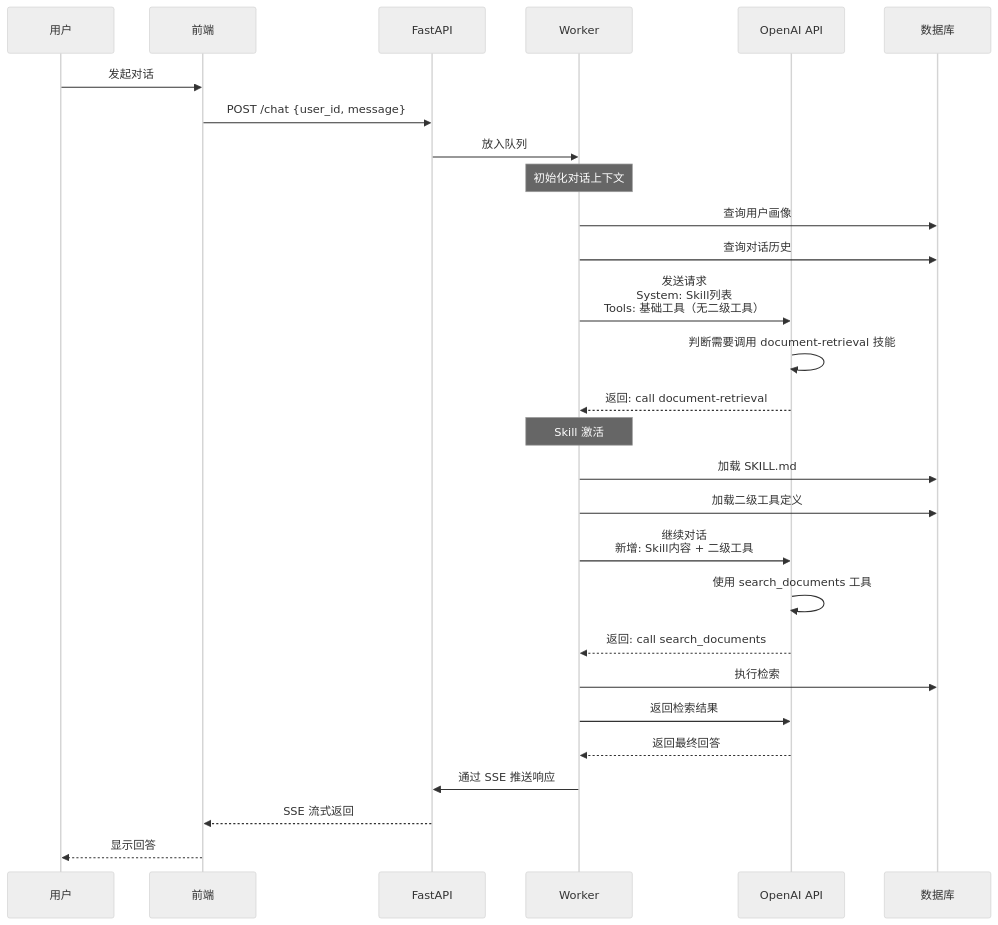
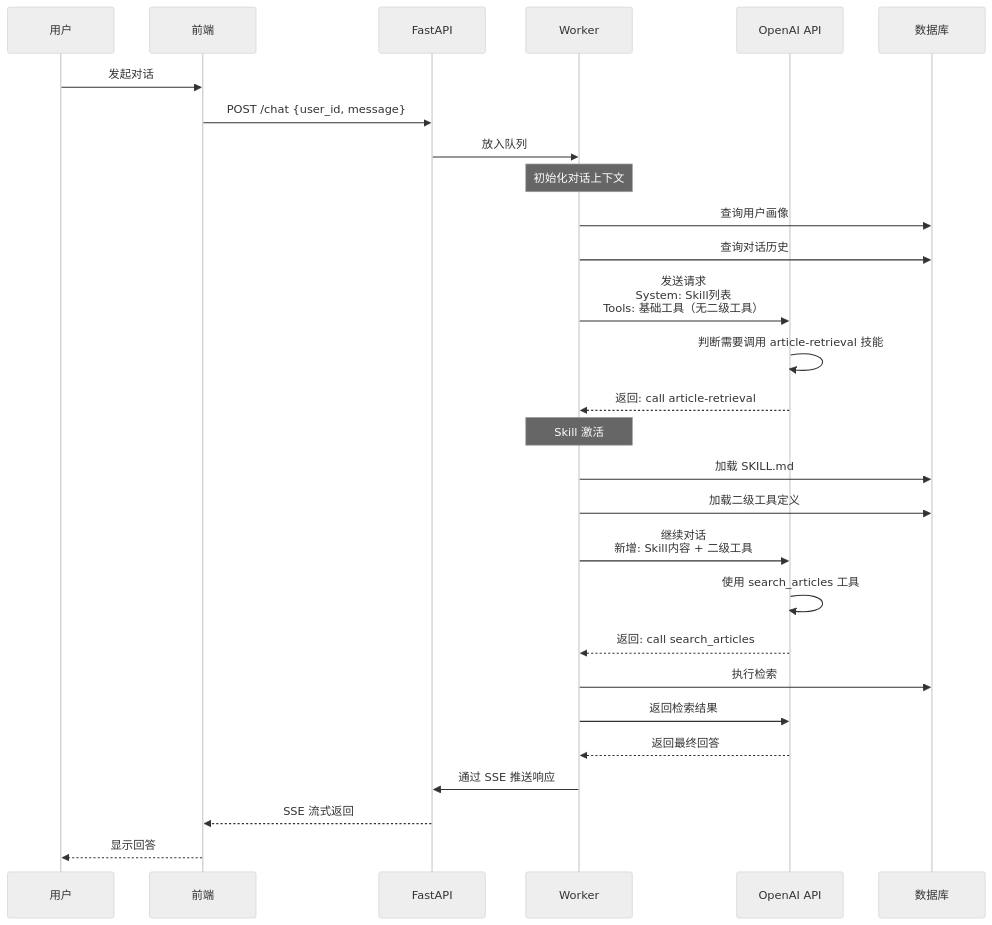
One commit to MEO-wj/OA_Reader_APP changed the second of 12 diagrams in ai_end_refactor/README.md. Above: the diagram before and after it, drawn with Mermaid (neutral theme). The commit also changed other lines of this file and 48 other files, not shown here.

````diff
--- a/ai_end_refactor/README.md
+++ b/ai_end_refactor/README.md
@@ -124,41 +124,41 @@
 ```mermaid
 sequenceDiagram
     participant User as 用户
     participant Frontend as 前端
     participant API as FastAPI
     participant Worker as Worker
     participant AI as OpenAI API
     participant DB as 数据库
 
     User->>Frontend: 发起对话
     Frontend->>API: POST /chat {user_id, message}
     API->>Worker: 放入队列
 
     Note over Worker: 初始化对话上下文
     Worker->>DB: 查询用户画像
     Worker->>DB: 查询对话历史
 
     Worker->>AI: 发送请求<br/>System: Skill列表<br/>Tools: 基础工具（无二级工具）
 
-    AI->>AI: 判断需要调用 document-retrieval 技能
-    AI-->>Worker: 返回: call document-retrieval
+    AI->>AI: 判断需要调用 article-retrieval 技能
+    AI-->>Worker: 返回: call article-retrieval
 
     Note over Worker: Skill 激活
     Worker->>DB: 加载 SKILL.md
     Worker->>DB: 加载二级工具定义
 
     Worker->>AI: 继续对话<br/>新增: Skill内容 + 二级工具
 
-    AI->>AI: 使用 search_documents 工具
-    AI-->>Worker: 返回: call search_documents
+    AI->>AI: 使用 search_articles 工具
+    AI-->>Worker: 返回: call search_articles
 
     Worker->>DB: 执行检索
 
     Worker->>AI: 返回检索结果
 
     AI-->>Worker: 返回最终回答
 
     Worker->>API: 通过 SSE 推送响应
     API-->>Frontend: SSE 流式返回
     Frontend-->>User: 显示回答
 ```
````
